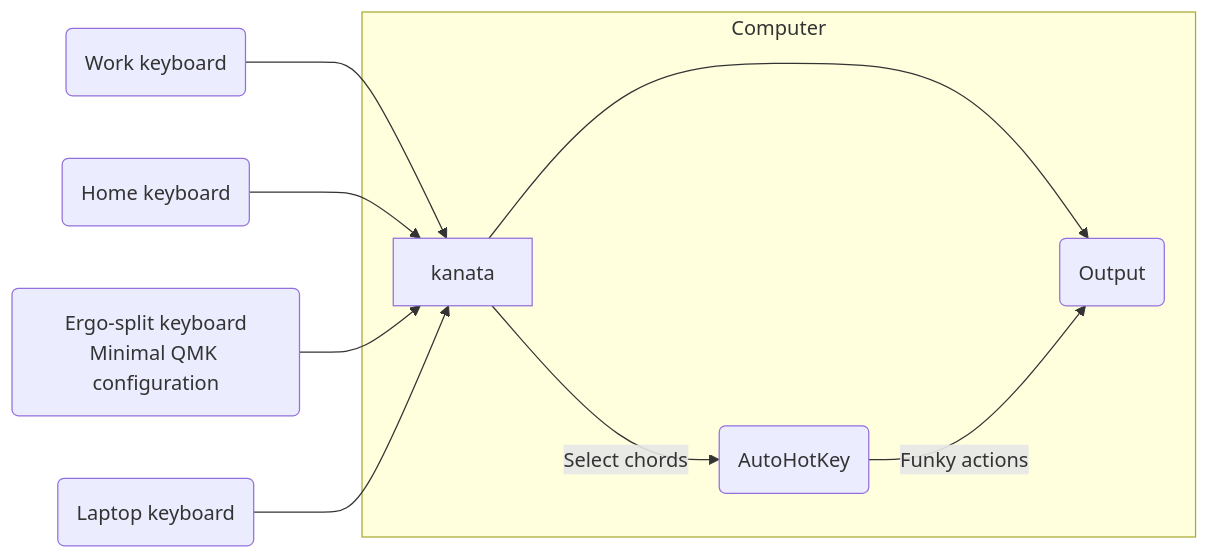
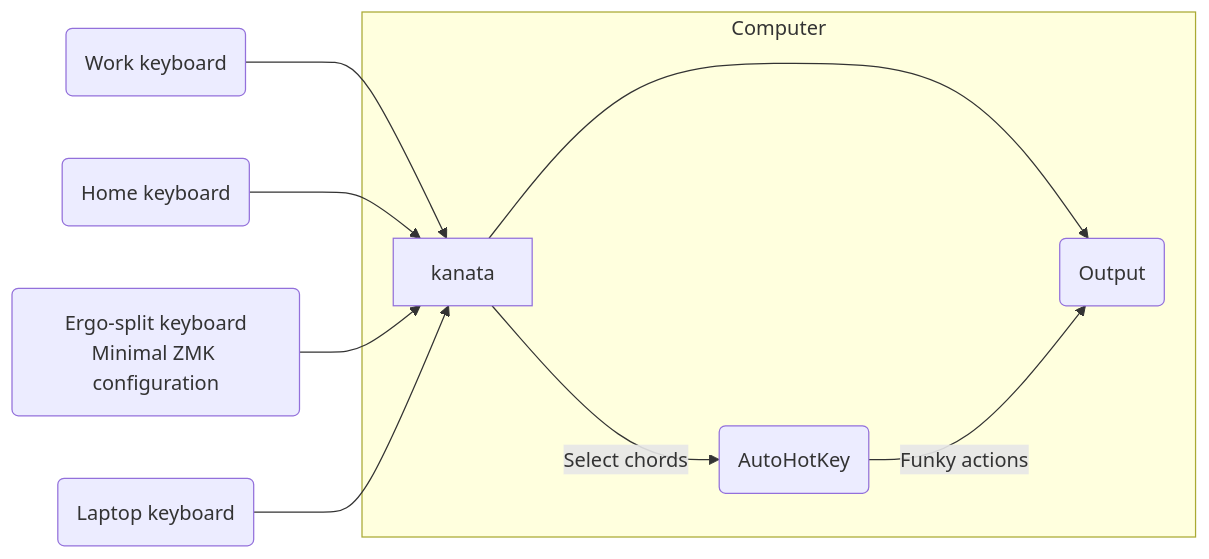
Before and after one commit to ogeesan/george-keeb: the diagram in readme.md, drawn with Mermaid. The commit also changed other lines of this file, not shown here.

````diff
--- a/readme.md
+++ b/readme.md
@@ -9,21 +9,21 @@
 ```mermaid
 flowchart LR
 
 laptop(Laptop keyboard)
 kb1(Work keyboard)
 kb2(Home keyboard)
-kb3(Ergo-split keyboard\nMinimal QMK configuration)
+kb3(Ergo-split keyboard\nMinimal ZMK configuration)
 subgraph Computer
 kanata
 ahk(AutoHotKey)
 outputs(Output)
 end
 
 kb1 --> kanata
 kb2 --> kanata
 kb3 --> kanata
 laptop --> kanata
 kanata --> outputs
 kanata -- Select chords --> ahk
 ahk -- Funky actions--> outputs
 ```
````
